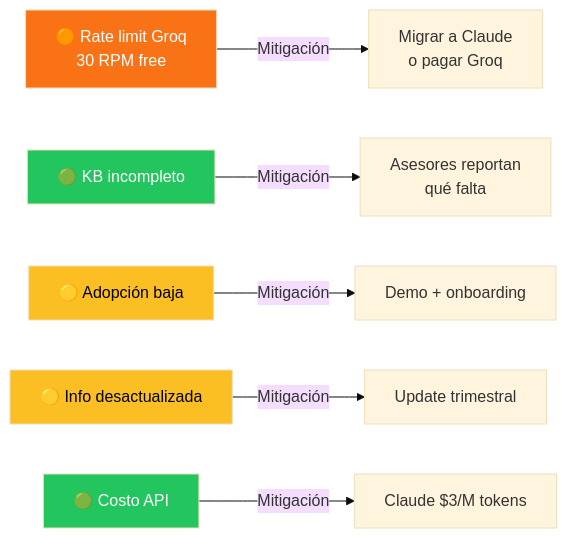
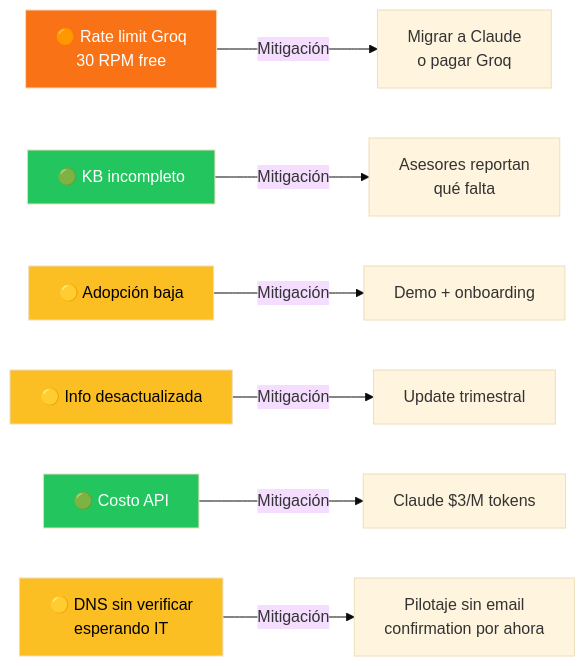
One commit to JnSbstnRivera/WINDMAR-AI-AGENT changed diagram 13 of 13 in ROADMAP.md. Above: the diagram before and after it, drawn with Mermaid (base theme). The commit also changed other lines of this file, not shown here.

First line of the commit message:
docs: roadmap update with May 4 changes + DNS pendientes

````diff
--- a/ROADMAP.md
+++ b/ROADMAP.md
@@ -308,14 +314,16 @@
 ```mermaid
 flowchart LR
     R1[🟠 Rate limit Groq<br/>30 RPM free] -->|Mitigación| M1[Migrar a Claude<br/>o pagar Groq]
     R2[🟢 KB incompleto] -->|Mitigación| M2[Asesores reportan<br/>qué falta]
     R3[🟡 Adopción baja] -->|Mitigación| M3[Demo + onboarding]
     R4[🟡 Info desactualizada] -->|Mitigación| M4[Update trimestral]
     R5[🟢 Costo API] -->|Mitigación| M5[Claude $3/M tokens]
+    R6[🟡 DNS sin verificar<br/>esperando IT] -->|Mitigación| M6[Pilotaje sin email<br/>confirmation por ahora]
 
     style R1 fill:#f97316,color:#fff
     style R2 fill:#22c55e,color:#fff
     style R3 fill:#fbbf24,color:#000
     style R4 fill:#fbbf24,color:#000
     style R5 fill:#22c55e,color:#fff
+    style R6 fill:#fbbf24,color:#000
 ```
````
